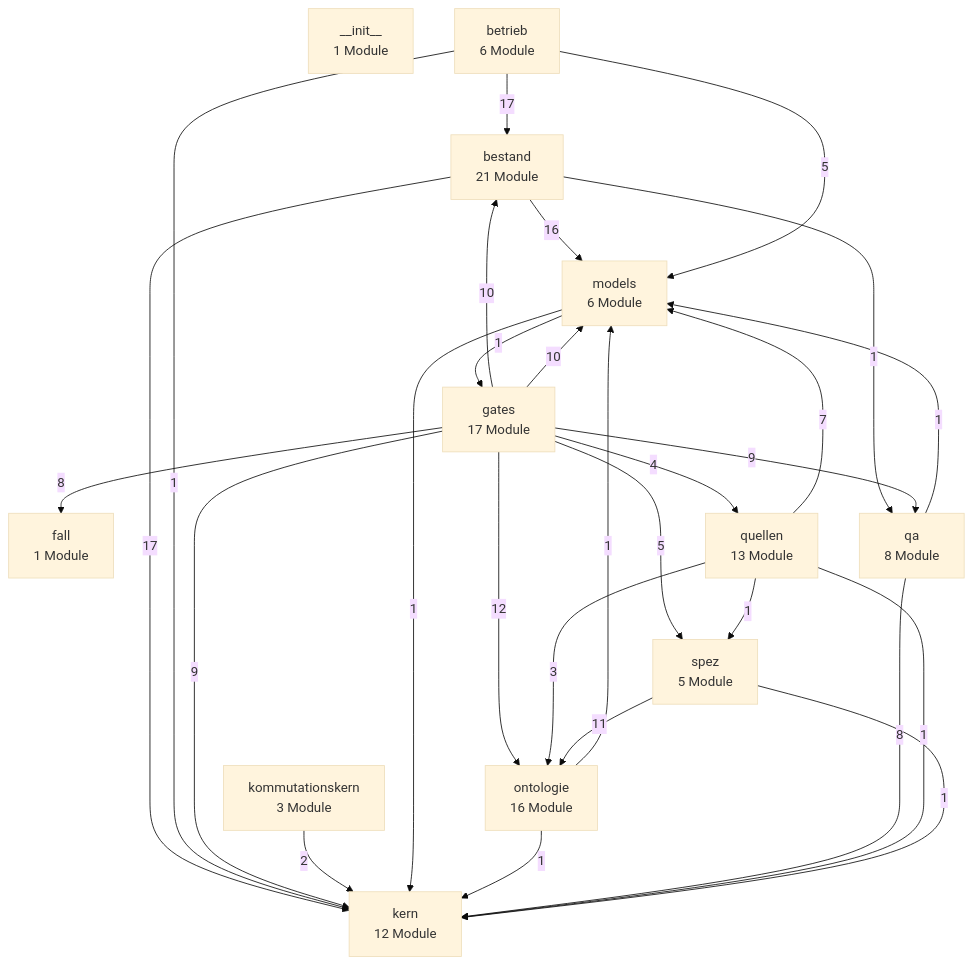
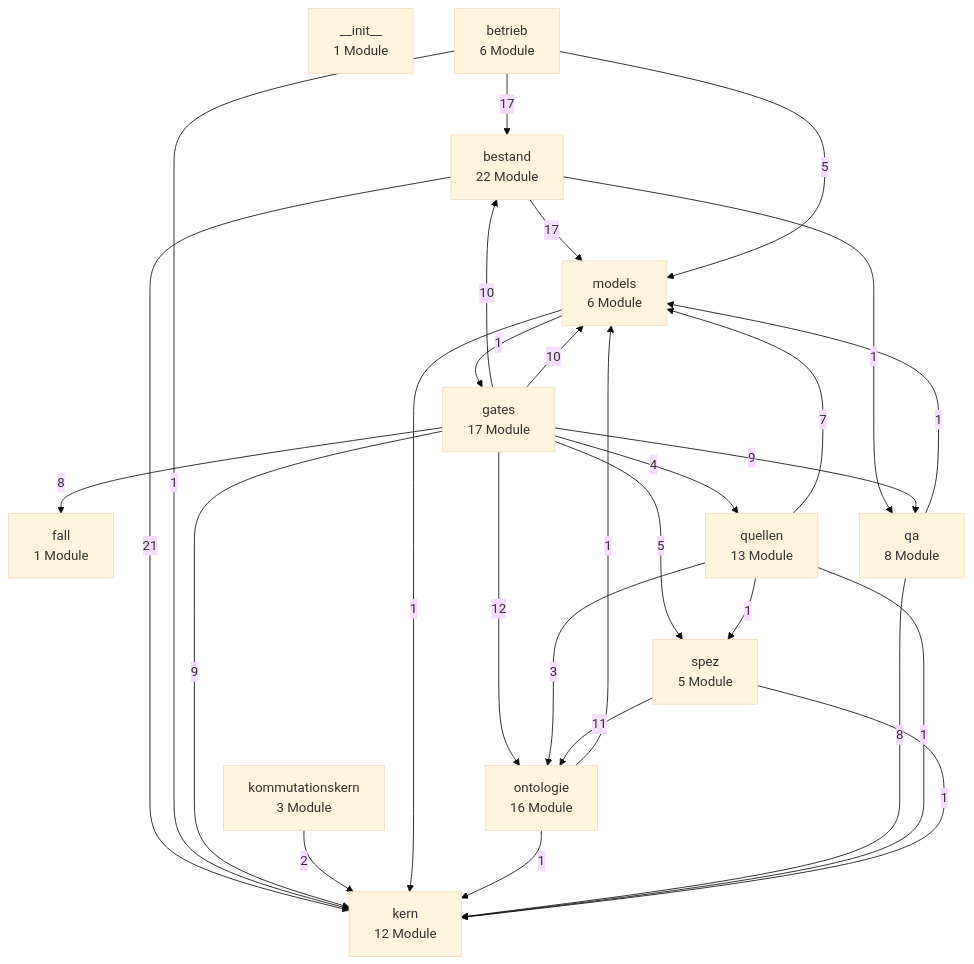
The first of 3 diagrams in docs/architektur/landkarte.md (bartlmac/rechner-pipeline), drawn with Mermaid (base theme) before and after one commit. The commit also changed other lines of this file and 24 other files, not shown here.

````diff
--- a/docs/architektur/landkarte.md
+++ b/docs/architektur/landkarte.md
@@ -27,43 +27,43 @@
 ```mermaid
 %% Schichten — erzeugt von ontologie.landkarte
 flowchart TD
     n__init__["__init__<br/>1 Module"]
-    bestand["bestand<br/>21 Module"]
+    bestand["bestand<br/>22 Module"]
     betrieb["betrieb<br/>6 Module"]
     fall["fall<br/>1 Module"]
     gates["gates<br/>17 Module"]
     kern["kern<br/>12 Module"]
     kommutationskern["kommutationskern<br/>3 Module"]
     models["models<br/>6 Module"]
     ontologie["ontologie<br/>16 Module"]
     qa["qa<br/>8 Module"]
     quellen["quellen<br/>13 Module"]
     spez["spez<br/>5 Module"]
-    bestand -- 17 --> kern
-    bestand -- 16 --> models
+    bestand -- 21 --> kern
+    bestand -- 17 --> models
     bestand -- 1 --> qa
     betrieb -- 17 --> bestand
     betrieb -- 1 --> kern
     betrieb -- 5 --> models
     gates -- 10 --> bestand
     gates -- 8 --> fall
     gates -- 9 --> kern
     gates -- 10 --> models
     gates -- 12 --> ontologie
     gates -- 9 --> qa
     gates -- 4 --> quellen
     gates -- 5 --> spez
     kommutationskern -- 2 --> kern
     models -- 1 --> gates
     models -- 1 --> kern
     ontologie -- 1 --> kern
     ontologie -- 1 --> models
     qa -- 8 --> kern
     qa -- 1 --> models
     quellen -- 1 --> kern
     quellen -- 7 --> models
     quellen -- 3 --> ontologie
     quellen -- 1 --> spez
     spez -- 1 --> kern
     spez -- 11 --> ontologie
 ```
````
